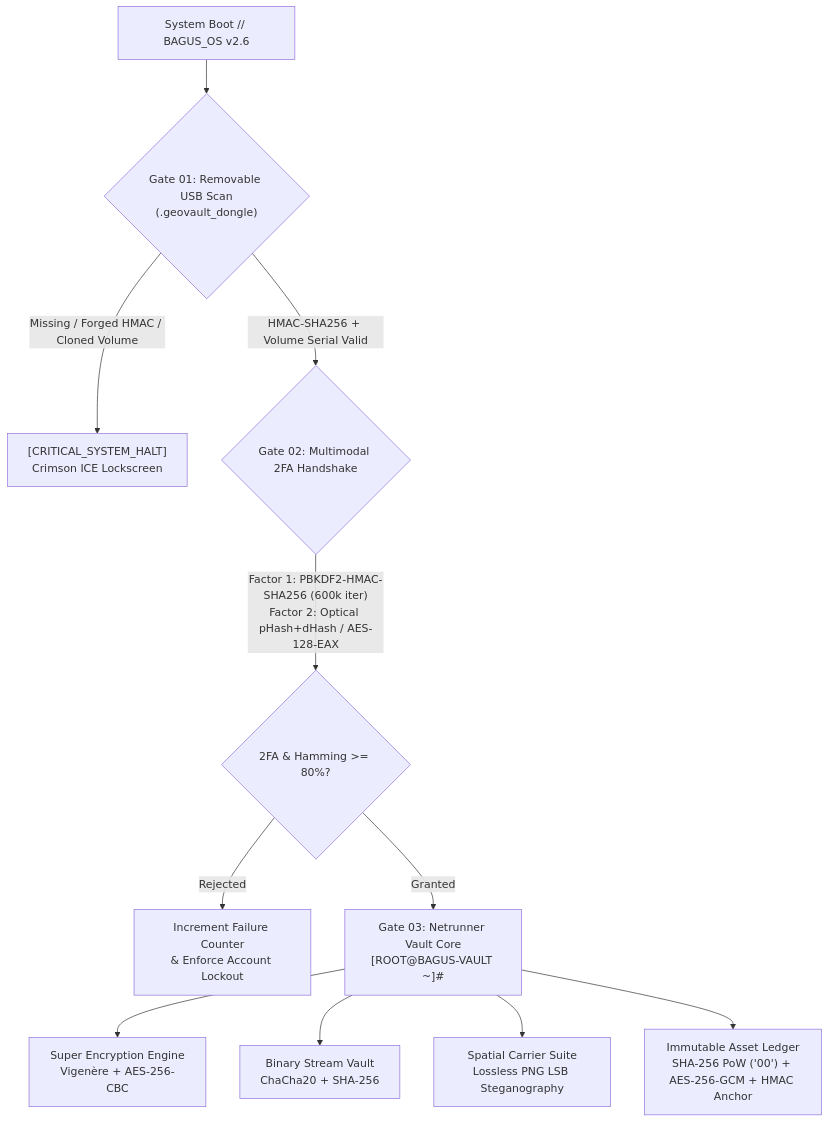
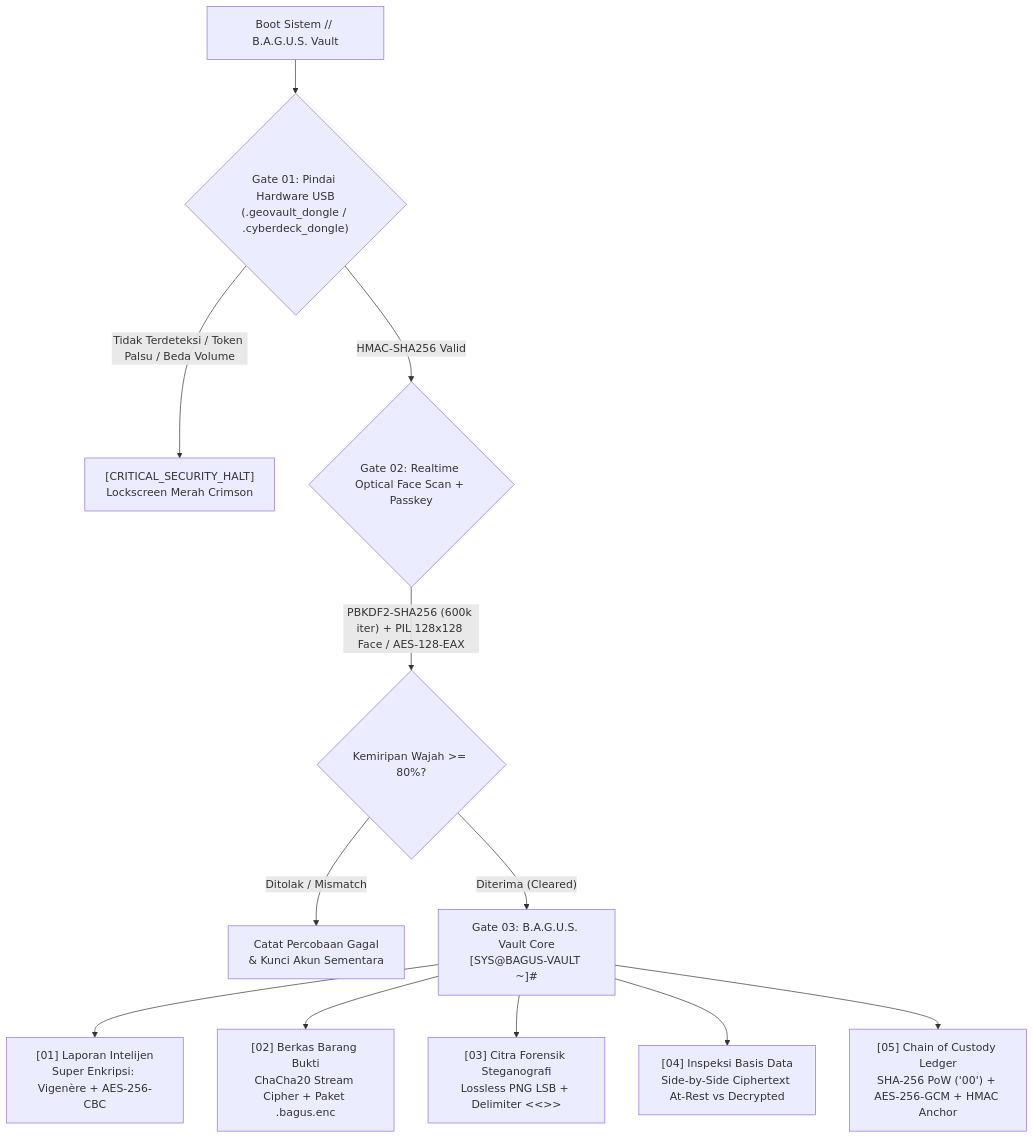
Before and after one commit to MaddaQiya/Project_Biometric-Authenticated-Gatekeeper-Unified-Security-Vault: the diagram in geovault-crypto-app/README.md, drawn with Mermaid. The commit also changed other lines of this file and 8 other files, not shown here.

````diff
--- a/geovault-crypto-app/README.md
+++ b/geovault-crypto-app/README.md
@@ -28,13 +31,14 @@
 ```mermaid
 flowchart TD
-    A["System Boot // BAGUS_OS v2.6"] --> B{"Gate 01: Removable USB Scan\n(.geovault_dongle)"}
-    B -- "Missing / Forged HMAC / Cloned Volume" --> C["[CRITICAL_SYSTEM_HALT]\nCrimson ICE Lockscreen"]
-    B -- "HMAC-SHA256 + Volume Serial Valid" --> D{"Gate 02: Multimodal 2FA Handshake"}
-    D -- "Factor 1: PBKDF2-HMAC-SHA256 (600k iter)\nFactor 2: Optical pHash+dHash / AES-128-EAX" --> E{"2FA & Hamming >= 80%?"}
-    E -- "Rejected" --> F["Increment Failure Counter\n& Enforce Account Lockout"]
-    E -- "Granted" --> G["Gate 03: Netrunner Vault Core\n[ROOT@BAGUS-VAULT ~]#"]
-    G --> H["Super Encryption Engine\nVigenère + AES-256-CBC"]
-    G --> I["Binary Stream Vault\nChaCha20 + SHA-256"]
-    G --> J["Spatial Carrier Suite\nLossless PNG LSB Steganography"]
-    G --> K["Immutable Asset Ledger\nSHA-256 PoW ('00') + AES-256-GCM + HMAC Anchor"]
+    A["Boot Sistem // B.A.G.U.S. Vault"] --> B{"Gate 01: Pindai Hardware USB\n(.geovault_dongle / .cyberdeck_dongle)"}
+    B -- "Tidak Terdeteksi / Token Palsu / Beda Volume" --> C["[CRITICAL_SECURITY_HALT]\nLockscreen Merah Crimson"]
+    B -- "HMAC-SHA256 Valid" --> D{"Gate 02: Realtime Optical Face Scan + Passkey"}
+    D -- "PBKDF2-SHA256 (600k iter) + PIL 128x128 Face / AES-128-EAX" --> E{"Kemiripan Wajah >= 80%?"}
+    E -- "Ditolak / Mismatch" --> F["Catat Percobaan Gagal\n& Kunci Akun Sementara"]
+    E -- "Diterima (Cleared)" --> G["Gate 03: B.A.G.U.S. Vault Core\n[SYS@BAGUS-VAULT ~]#"]
+    G --> H["[01] Laporan Intelijen\nSuper Enkripsi: Vigenère + AES-256-CBC"]
+    G --> I["[02] Berkas Barang Bukti\nChaCha20 Stream Cipher + Paket .bagus.enc"]
+    G --> J["[03] Citra Forensik Steganografi\nLossless PNG LSB + Delimiter <<<END>>>"]
+    G --> K["[04] Inspeksi Basis Data\nSide-by-Side Ciphertext At-Rest vs Decrypted"]
+    G --> L["[05] Chain of Custody Ledger\nSHA-256 PoW ('00') + AES-256-GCM + HMAC Anchor"]
 ```
````
